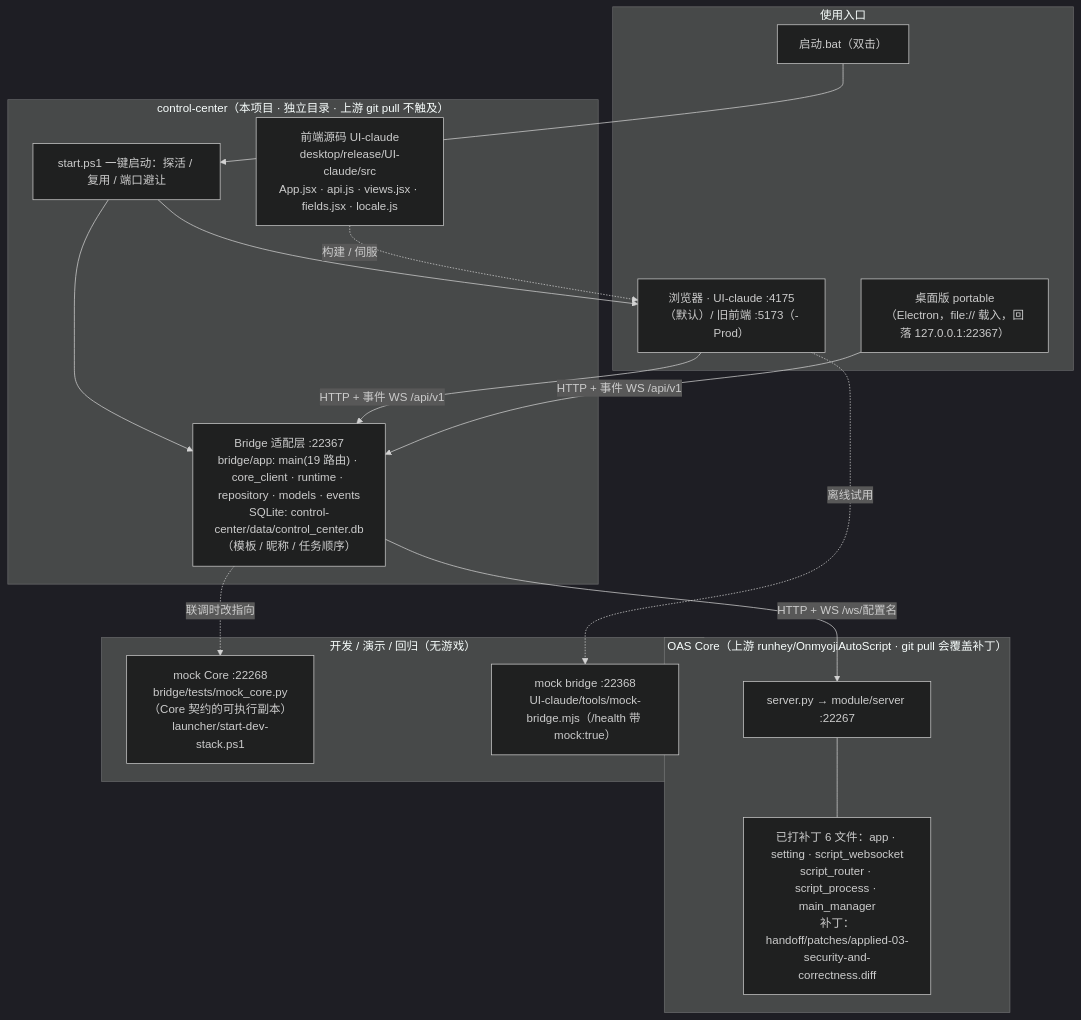
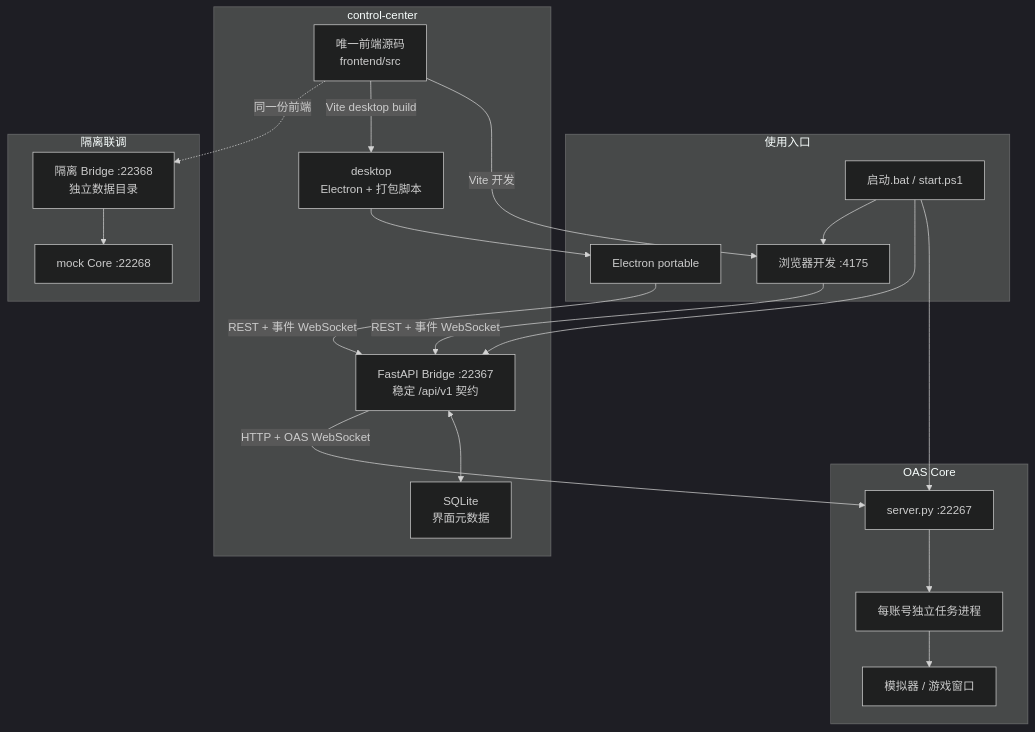
One commit to MK6657/OnmyojiAutoScript changed the diagram in control-center/docs/architecture.mmd. Above: the diagram before and after it, drawn with Mermaid (dark theme). The commit also changed 552 other files, not shown here.

```diff
--- a/control-center/docs/architecture.mmd
+++ b/control-center/docs/architecture.mmd
@@ -1,33 +1,38 @@
-%% OAS 控制中心 · 架构总览
-%% 源文件（唯一事实来源）：control-center/docs/architecture.mmd
-%% 渲染：VS Code Mermaid 预览插件 / https://mermaid.live / GitHub 自动渲染
-%% 更新步骤见 control-center/docs/architecture.md 的「架构图 · 维护与更新」一节
 flowchart TB
-    subgraph CLIENT["使用入口"]
-        BAT["启动.bat（双击）"]
-        BROWSER["浏览器 · UI-claude :4175（默认）/ 旧前端 :5173（-Prod）"]
-        DESKTOP["桌面版 portable（Electron，file:// 载入，回落 127.0.0.1:22367）"]
+    subgraph ENTRY["使用入口"]
+        BAT["启动.bat / start.ps1"]
+        BROWSER["浏览器开发 :4175"]
+        DESKTOP["Electron portable"]
     end
-    subgraph CC["control-center（本项目 · 独立目录 · 上游 git pull 不触及）"]
-        START["start.ps1 一键启动：探活 / 复用 / 端口避让"]
-        UI["前端源码 UI-claude<br/>desktop/release/UI-claude/src<br/>App.jsx · api.js · views.jsx · fields.jsx · locale.js"]
-        BRIDGE["Bridge 适配层 :22367<br/>bridge/app: main(19 路由) · core_client · runtime · repository · models · events<br/>SQLite: control-center/data/control_center.db（模板 / 昵称 / 任务顺序）"]
+
+    subgraph CONTROL["control-center"]
+        UI["唯一前端源码<br/>frontend/src"]
+        BRIDGE["FastAPI Bridge :22367<br/>稳定 /api/v1 契约"]
+        DB["SQLite<br/>界面元数据"]
+        SHELL["desktop<br/>Electron + 打包脚本"]
     end
-    subgraph CORE["OAS Core（上游 runhey/OnmyojiAutoScript · git pull 会覆盖补丁）"]
-        SERVER["server.py → module/server :22267"]
-        PATCH["已打补丁 6 文件：app · setting · script_websocket<br/>script_router · script_process · main_manager<br/>补丁：handoff/patches/applied-03-security-and-correctness.diff"]
+
+    subgraph OAS["OAS Core"]
+        CORE["server.py :22267"]
+        ACCOUNT["每账号独立任务进程"]
+        GAME["模拟器 / 游戏窗口"]
     end
-    subgraph DEV["开发 / 演示 / 回归（无游戏）"]
-        MOCKCORE["mock Core :22268<br/>bridge/tests/mock_core.py（Core 契约的可执行副本）<br/>launcher/start-dev-stack.ps1"]
-        MOCKBRIDGE["mock bridge :22368<br/>UI-claude/tools/mock-bridge.mjs（/health 带 mock:true）"]
+
+    subgraph TEST["隔离联调"]
+        MOCKCORE["mock Core :22268"]
+        TESTBRIDGE["隔离 Bridge :22368<br/>独立数据目录"]
     end
-    BAT --> START
-    START --> BROWSER
-    START --> BRIDGE
-    BROWSER -->|"HTTP + 事件 WS /api/v1"| BRIDGE
-    DESKTOP -->|"HTTP + 事件 WS /api/v1"| BRIDGE
-    UI -. 构建 / 伺服 .-> BROWSER
-    BRIDGE -->|"HTTP + WS /ws/配置名"| SERVER
-    SERVER --- PATCH
-    BRIDGE -. 联调时改指向 .-> MOCKCORE
-    BROWSER -. 离线试用 .-> MOCKBRIDGE
+
+    BAT --> CORE
+    BAT --> BRIDGE
+    BAT --> BROWSER
+    UI -->|"Vite 开发"| BROWSER
+    UI -->|"Vite desktop build"| SHELL
+    SHELL --> DESKTOP
+    BROWSER -->|"REST + 事件 WebSocket"| BRIDGE
+    DESKTOP -->|"REST + 事件 WebSocket"| BRIDGE
+    BRIDGE <--> DB
+    BRIDGE -->|"HTTP + OAS WebSocket"| CORE
+    CORE --> ACCOUNT --> GAME
+    UI -.->|"同一份前端"| TESTBRIDGE
+    TESTBRIDGE --> MOCKCORE
```
